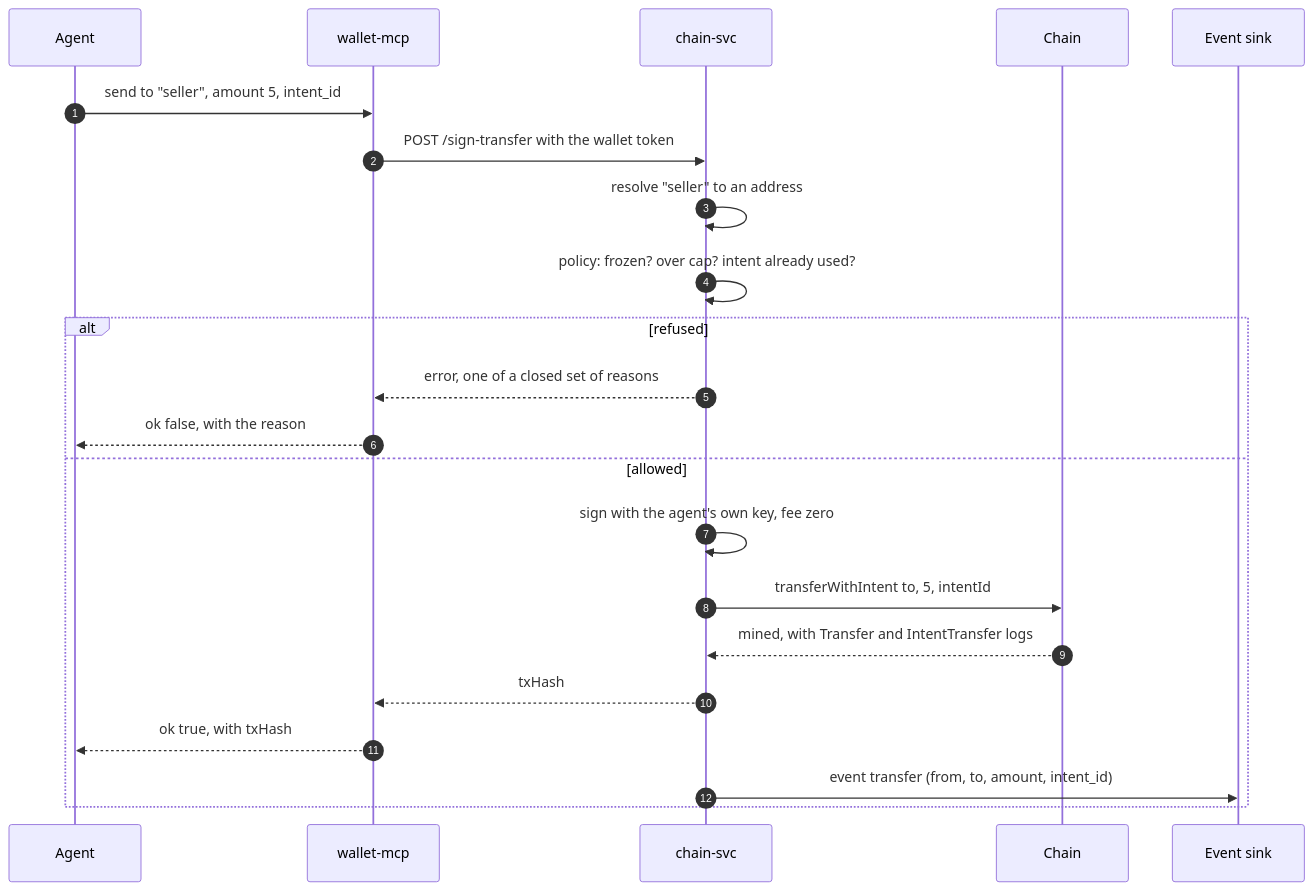
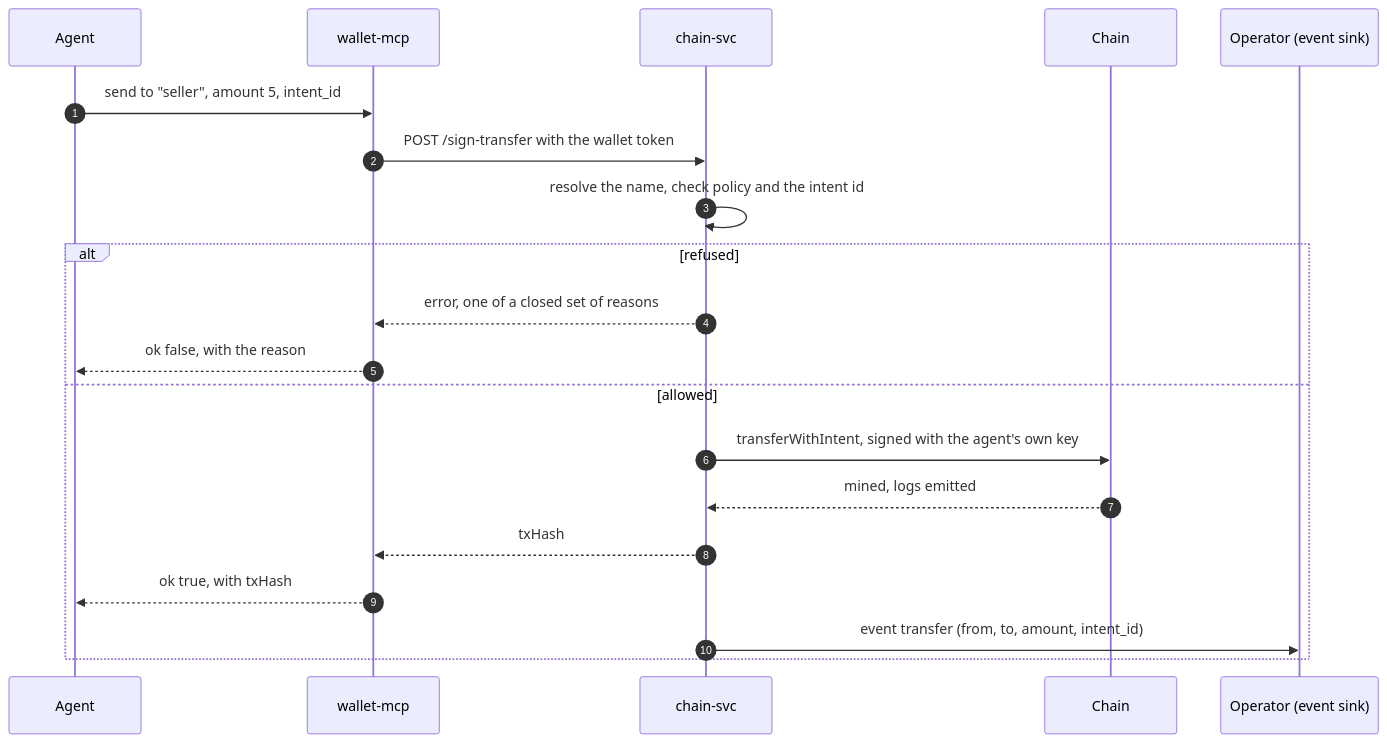
One commit to ASolidBPlus/agent-chain changed the second of 2 diagrams in README.md. Above: the diagram before and after it, drawn with Mermaid. The commit also changed other lines of this file, not shown here.

Commit message:
README: simpler diagrams

````diff
--- a/README.md
+++ b/README.md
@@ -72,24 +69,22 @@
 ```mermaid
 sequenceDiagram
   autonumber
   participant A as Agent
   participant W as wallet-mcp
   participant S as chain-svc
   participant C as Chain
-  participant H as Event sink
+  participant O as Operator (event sink)
   A->>W: send to "seller", amount 5, intent_id
   W->>S: POST /sign-transfer with the wallet token
-  S->>S: resolve "seller" to an address
-  S->>S: policy: frozen? over cap? intent already used?
+  S->>S: resolve the name, check policy and the intent id
   alt refused
     S-->>W: error, one of a closed set of reasons
     W-->>A: ok false, with the reason
   else allowed
-    S->>S: sign with the agent's own key, fee zero
-    S->>C: transferWithIntent to, 5, intentId
-    C-->>S: mined, with Transfer and IntentTransfer logs
+    S->>C: transferWithIntent, signed with the agent's own key
+    C-->>S: mined, logs emitted
     S-->>W: txHash
     W-->>A: ok true, with txHash
-    S->>H: event transfer (from, to, amount, intent_id)
+    S->>O: event transfer (from, to, amount, intent_id)
   end
 ```
````
